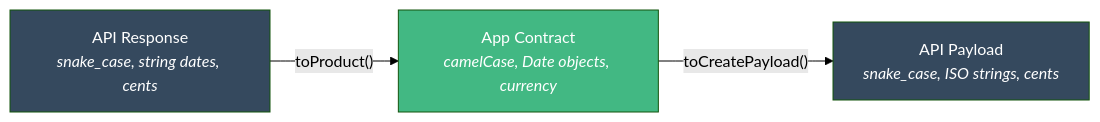
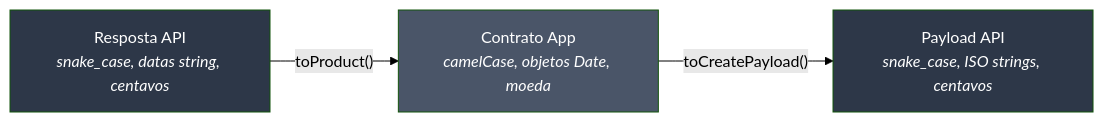
Before and after one commit to NoaiRox/specialist-agent: the second of 3 diagrams in docs/pt-BR/guide/layers.md, drawn with Mermaid (forest theme). The commit also changed other lines of this file and 7 other files, not shown here.

First line of the commit message:
refactor(docs): make ARCHITECTURE.md optional and docs framework-agnostic (#60)

````diff
--- a/docs/pt-BR/guide/layers.md
+++ b/docs/pt-BR/guide/layers.md
@@ -91,9 +98,9 @@
 ```mermaid
 graph LR
-    API["API Response<br/><i>snake_case, string dates, cents</i>"] -->|"toProduct()"| App["App Contract<br/><i>camelCase, Date objects, currency</i>"]
-    App -->|"toCreatePayload()"| API2["API Payload<br/><i>snake_case, ISO strings, cents</i>"]
+    API["Resposta API<br/><i>snake_case, datas string, centavos</i>"] -->|"toProduct()"| App["Contrato App<br/><i>camelCase, objetos Date, moeda</i>"]
+    App -->|"toCreatePayload()"| API2["Payload API<br/><i>snake_case, ISO strings, centavos</i>"]
 
-    style API fill:#35495e,color:#fff
-    style App fill:#42b883,color:#fff
-    style API2 fill:#35495e,color:#fff
+    style API fill:#2d3748,color:#fff
+    style App fill:#4a5568,color:#fff
+    style API2 fill:#2d3748,color:#fff
 ```
````
